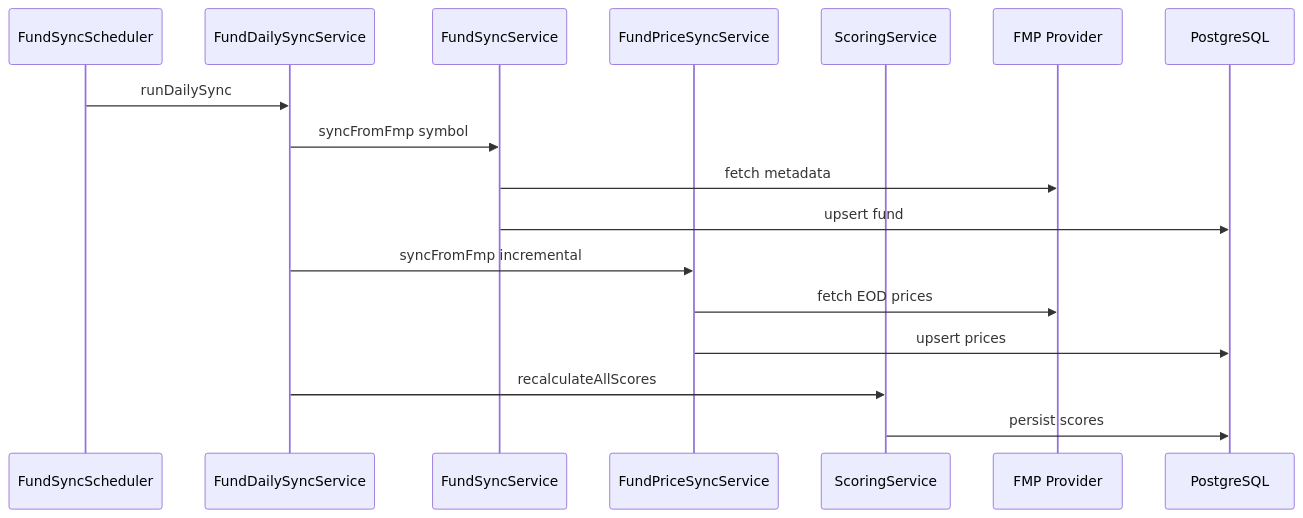
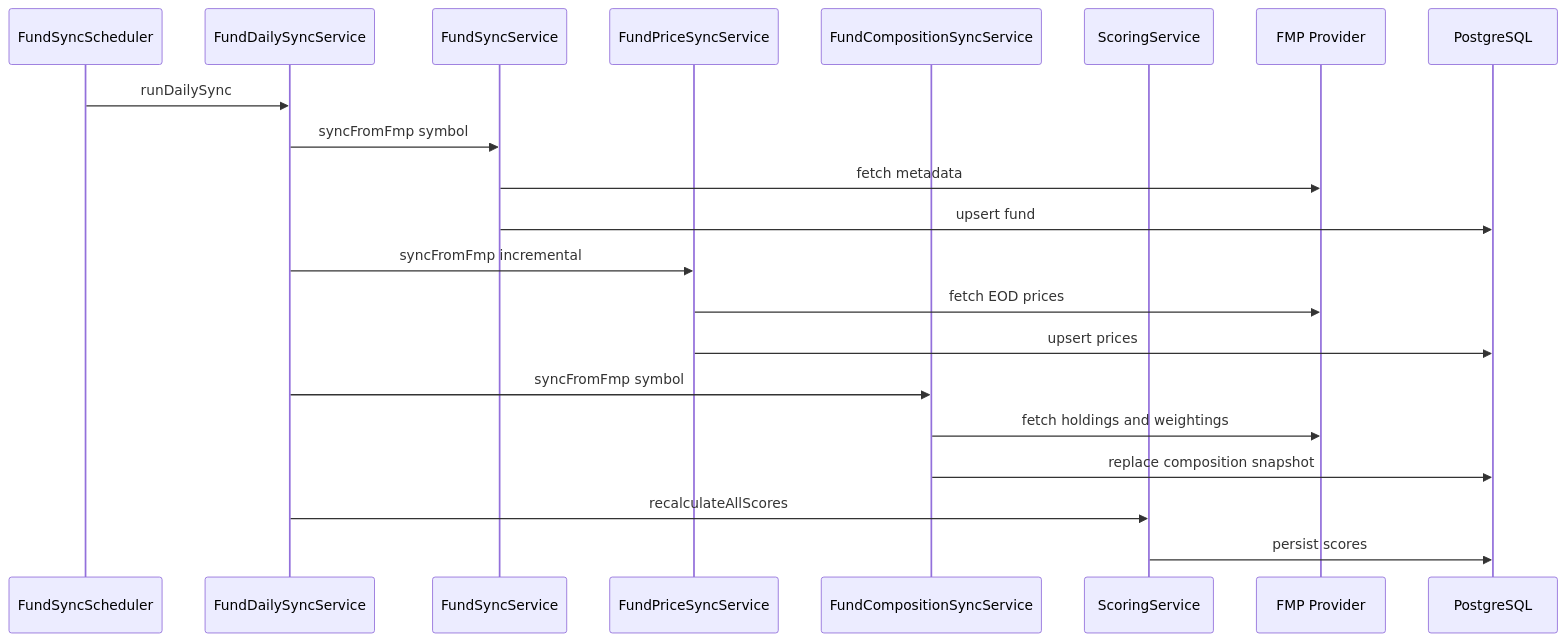
The diagram in docs/roles-and-responsibilities.md (develop-iro/inversora-api), drawn with Mermaid before and after one commit. The commit also changed other lines of this file and 20 other files, not shown here.

First line of the commit message:
feat(funds): integrate composition sync into daily pipeline

````diff
--- a/docs/roles-and-responsibilities.md
+++ b/docs/roles-and-responsibilities.md
@@ -94,20 +94,24 @@
 ```mermaid
 sequenceDiagram
     participant Scheduler as FundSyncScheduler
     participant DailySync as FundDailySyncService
     participant FundSync as FundSyncService
     participant PriceSync as FundPriceSyncService
+    participant CompositionSync as FundCompositionSyncService
     participant Scoring as ScoringService
     participant FMP as FMP Provider
     participant DB as PostgreSQL
 
     Scheduler->>DailySync: runDailySync
     DailySync->>FundSync: syncFromFmp symbol
     FundSync->>FMP: fetch metadata
     FundSync->>DB: upsert fund
     DailySync->>PriceSync: syncFromFmp incremental
     PriceSync->>FMP: fetch EOD prices
     PriceSync->>DB: upsert prices
+    DailySync->>CompositionSync: syncFromFmp symbol
+    CompositionSync->>FMP: fetch holdings and weightings
+    CompositionSync->>DB: replace composition snapshot
     DailySync->>Scoring: recalculateAllScores
     Scoring->>DB: persist scores
 ```
````
